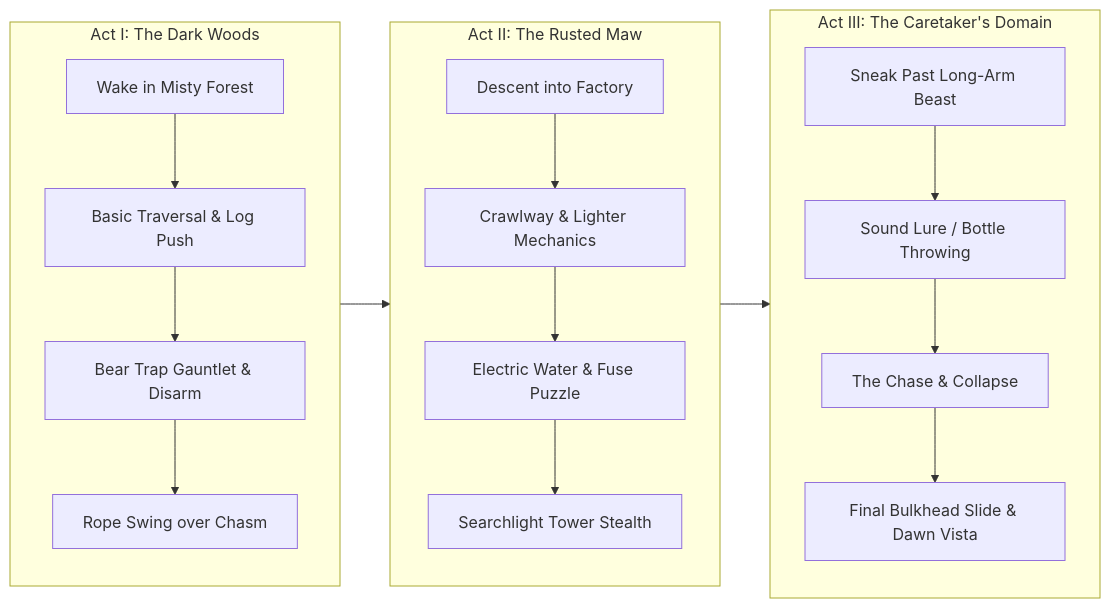
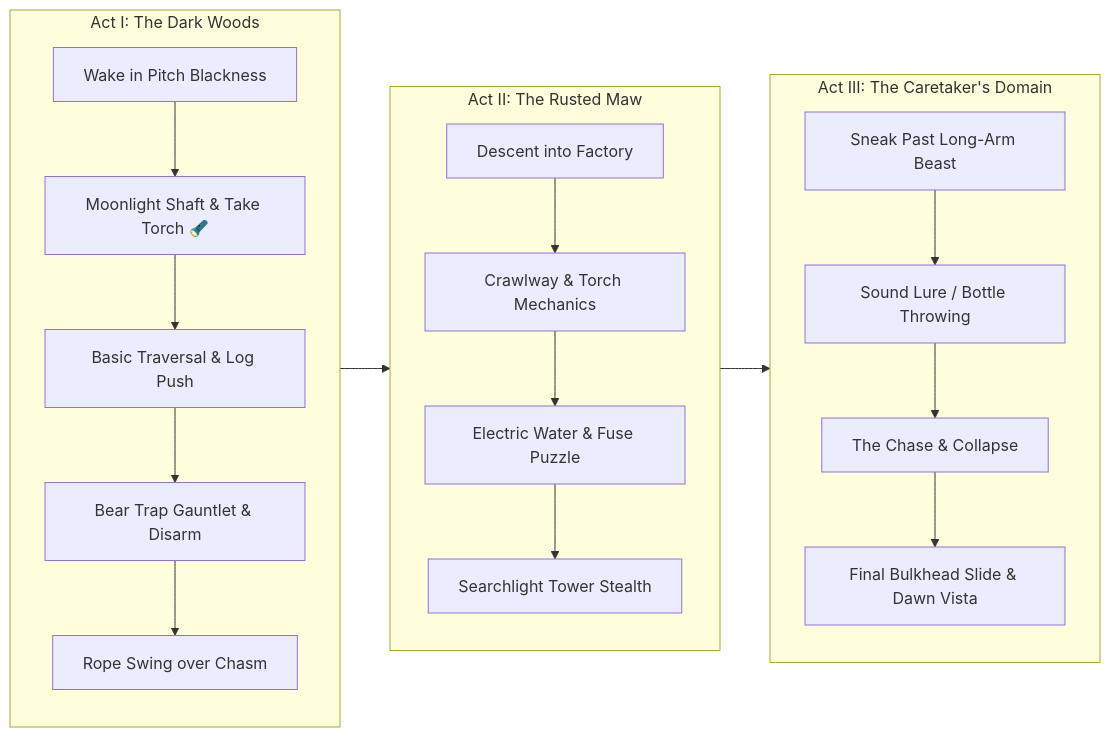
The diagram in PLAN.md (vinyashegde/umbra-the-hollow-maw), drawn with Mermaid before and after one commit. The commit also changed other lines of this file and 8 other files, not shown here.

Commit message:
feat: electric flashlight beam, Limbo frail boy character silhouette & cold-open discovery sequence

````diff
--- a/PLAN.md
+++ b/PLAN.md
@@ -88,20 +88,21 @@
 ```mermaid
 flowchart LR
     subgraph Act1 [Act I: The Dark Woods]
-        A1[Wake in Misty Forest] --> A2[Basic Traversal & Log Push]
+        A0[Wake in Pitch Blackness] --> A1[Moonlight Shaft & Take Torch 🔦]
+        A1 --> A2[Basic Traversal & Log Push]
         A2 --> A3[Bear Trap Gauntlet & Disarm]
         A3 --> A4[Rope Swing over Chasm]
     end
     subgraph Act2 [Act II: The Rusted Maw]
-        B1[Descent into Factory] --> B2[Crawlway & Lighter Mechanics]
+        B1[Descent into Factory] --> B2[Crawlway & Torch Mechanics]
         B2 --> B3[Electric Water & Fuse Puzzle]
         B3 --> B4[Searchlight Tower Stealth]
     end
     subgraph Act3 [Act III: The Caretaker's Domain]
         C1[Sneak Past Long-Arm Beast] --> C2[Sound Lure / Bottle Throwing]
         C2 --> C3[The Chase & Collapse]
         C3 --> C4[Final Bulkhead Slide & Dawn Vista]
     end
 
     Act1 --> Act2 --> Act3
 ```
````
